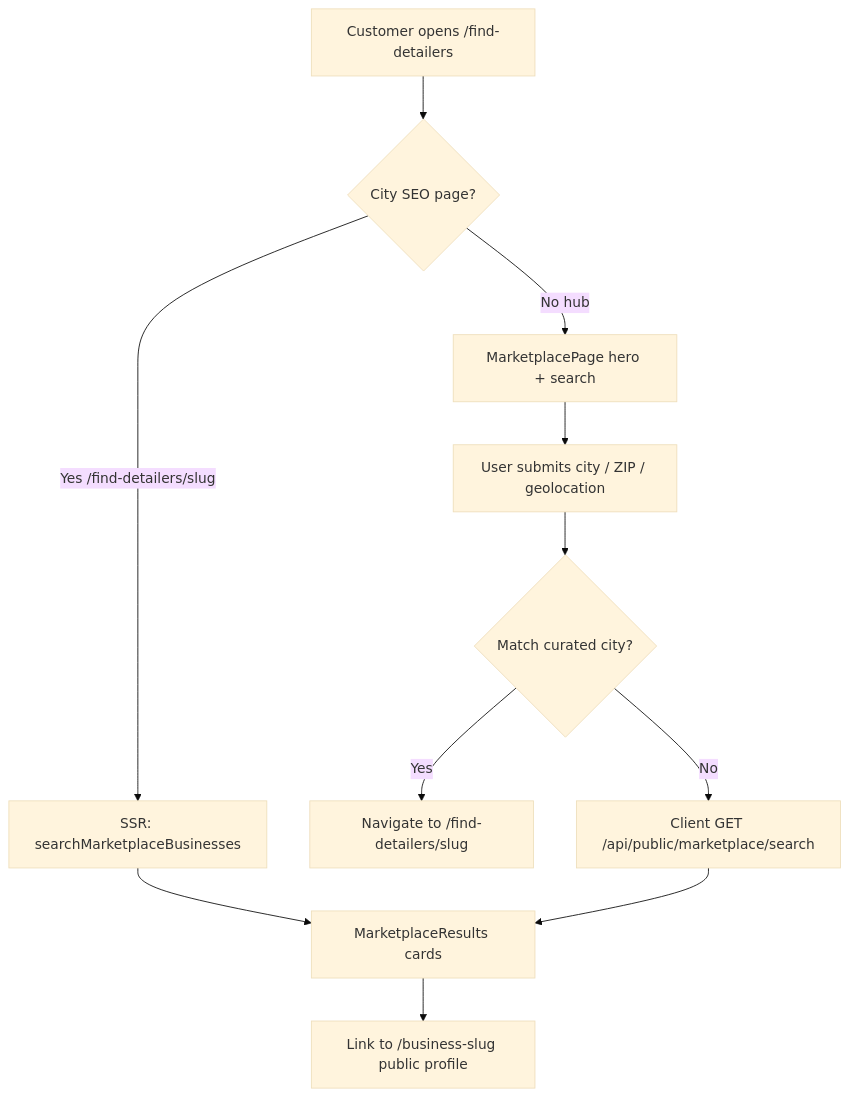
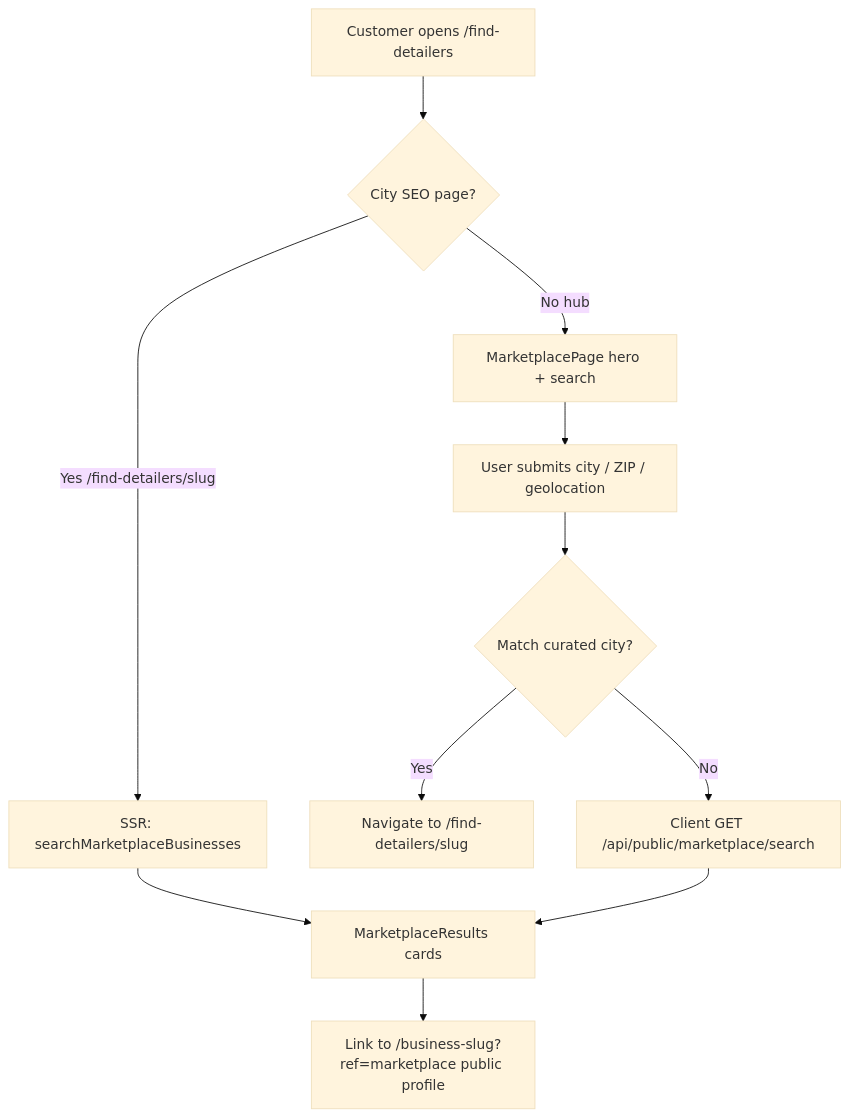
The diagram in src/features/marketplace/docs/FLOWS.md (jsanch387/servicelink), drawn with Mermaid (base theme) before and after one commit. The commit also changed other lines of this file and 20 other files, not shown here.

````diff
--- a/src/features/marketplace/docs/FLOWS.md
+++ b/src/features/marketplace/docs/FLOWS.md
@@ -41,13 +40,13 @@
 ```mermaid
 flowchart TD
   A[Customer opens /find-detailers] --> B{City SEO page?}
   B -->|Yes /find-detailers/slug| C[SSR: searchMarketplaceBusinesses]
   B -->|No hub| D[MarketplacePage hero + search]
   D --> E[User submits city / ZIP / geolocation]
   E --> F{Match curated city?}
   F -->|Yes| G[Navigate to /find-detailers/slug]
   F -->|No| H[Client GET /api/public/marketplace/search]
   C --> I[MarketplaceResults cards]
   H --> I
-  I --> J[Link to /business-slug public profile]
+  I --> J[Link to /business-slug?ref=marketplace public profile]
 ```
````
